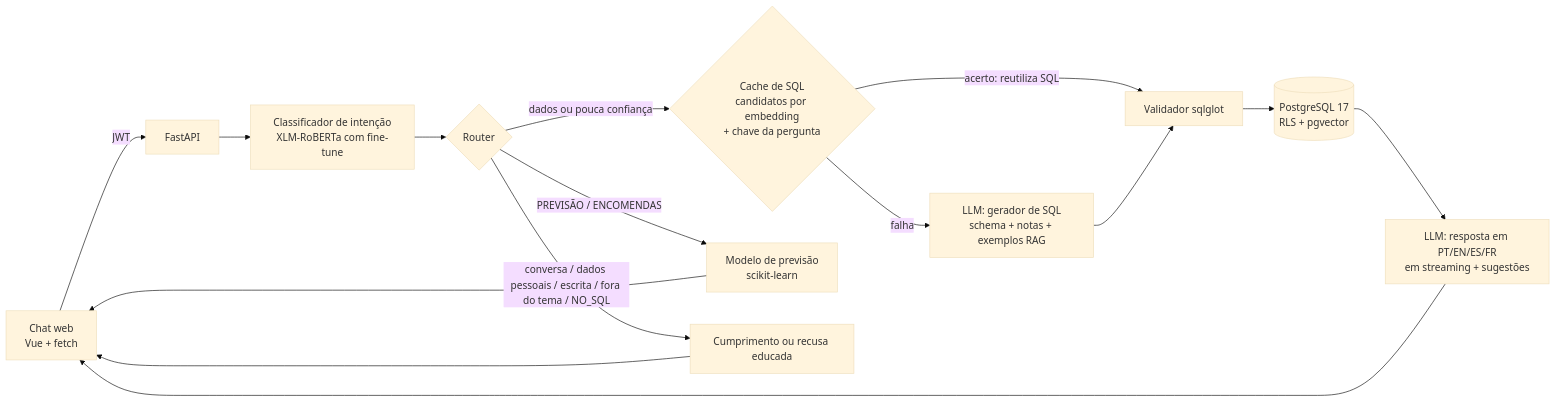
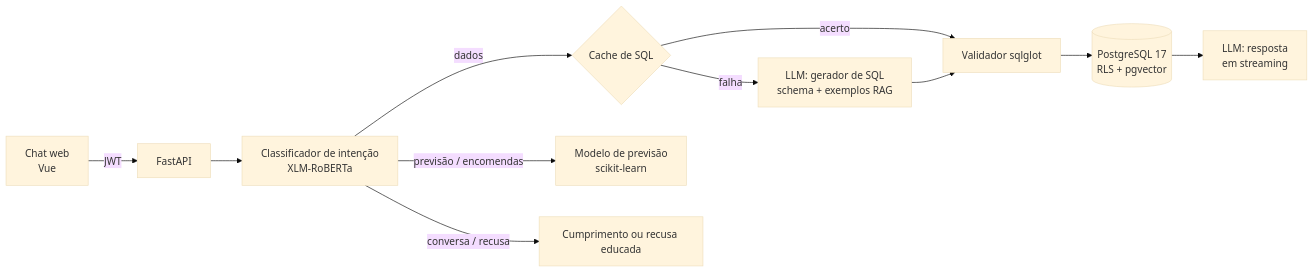
The diagram in README.pt.md (PedroPinho17/multistore-ai-assistant), drawn with Mermaid (base theme) before and after one commit. The commit also changed other lines of this file and 1 other file, not shown here.

````diff
--- a/README.pt.md
+++ b/README.pt.md
@@ -84,17 +54,13 @@
 ```mermaid
 flowchart LR
-    U[Chat web<br/>Vue + fetch] -->|JWT| API[FastAPI]
-    API --> C[Classificador de intenção<br/>XLM-RoBERTa com fine-tune]
-    C --> R{Router}
-    R -->|dados ou pouca confiança| SC{Cache de SQL<br/>candidatos por embedding<br/>+ chave da pergunta}
-    SC -->|acerto: reutiliza SQL| V
-    SC -->|falha| G[LLM: gerador de SQL<br/>schema + notas + exemplos RAG]
+    U[Chat web<br/>Vue] -->|JWT| API[FastAPI]
+    API --> C[Classificador de intenção<br/>XLM-RoBERTa]
+    C -->|dados| SC{Cache de SQL}
+    SC -->|falha| G[LLM: gerador de SQL<br/>schema + exemplos RAG]
+    SC -->|acerto| V
     G --> V[Validador sqlglot]
     V --> DB[(PostgreSQL 17<br/>RLS + pgvector)]
-    DB --> A[LLM: resposta em PT/EN/ES/FR<br/>em streaming + sugestões]
-    R -->|PREVISÃO / ENCOMENDAS| ML[Modelo de previsão<br/>scikit-learn]
-    R -->|conversa / dados pessoais / escrita / fora do tema / NO_SQL| REF[Cumprimento ou recusa educada]
-    A --> U
-    ML --> U
-    REF --> U
+    DB --> A[LLM: resposta<br/>em streaming]
+    C -->|previsão / encomendas| ML[Modelo de previsão<br/>scikit-learn]
+    C -->|conversa / recusa| REF[Cumprimento ou recusa educada]
 ```
````
